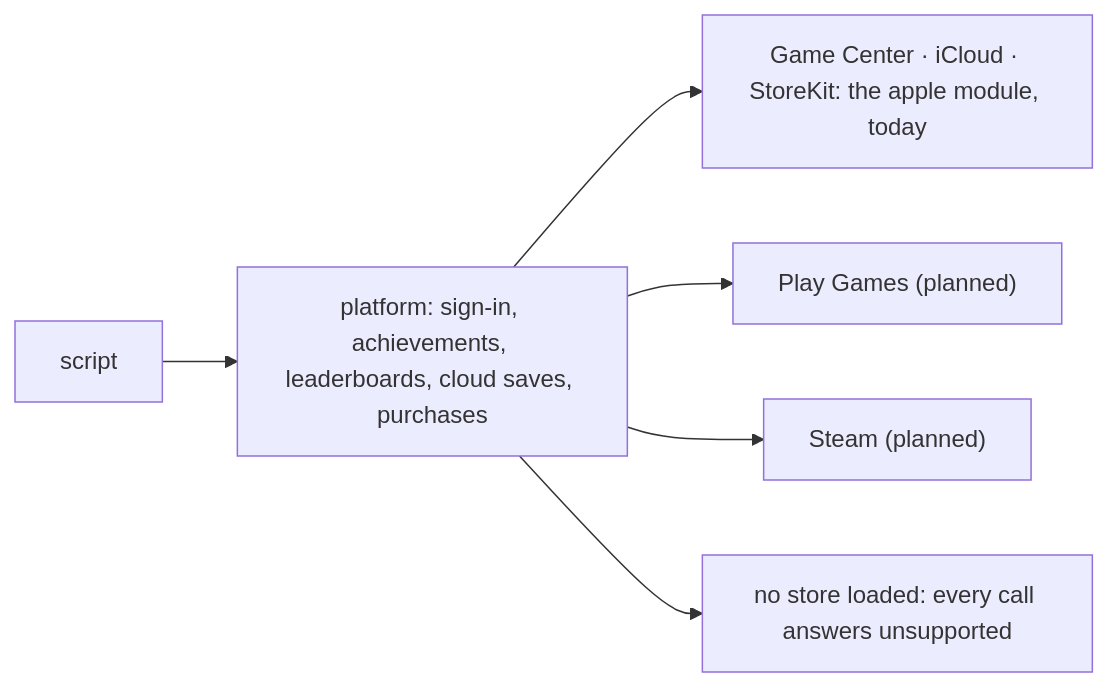
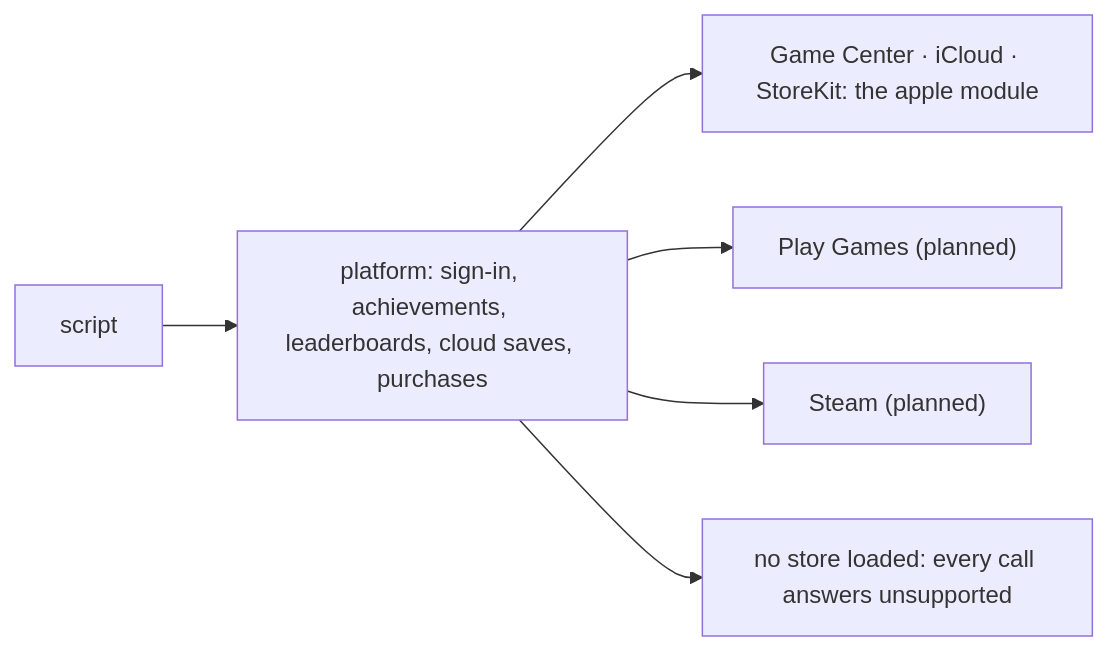
One commit to balaurengine/balaur-website changed the diagram in blog/2026-09-04-game-center-icloud-and-purchases.mdx. Above: the diagram before and after it, drawn with Mermaid. The commit also changed other lines of this file and 33 other files, not shown here.

````diff
--- a/blog/2026-09-04-game-center-icloud-and-purchases.mdx
+++ b/blog/2026-09-04-game-center-icloud-and-purchases.mdx
@@ -16,8 +15,8 @@
 ```mermaid
 flowchart LR
   S["script"] --> P["platform: sign-in, achievements, leaderboards, cloud saves, purchases"]
-  P --> A["Game Center · iCloud · StoreKit: the apple module, today"]
+  P --> A["Game Center · iCloud · StoreKit: the apple module"]
   P --> G["Play Games (planned)"]
   P --> ST["Steam (planned)"]
   P --> N["no store loaded: every call answers unsupported"]
 ```
````
